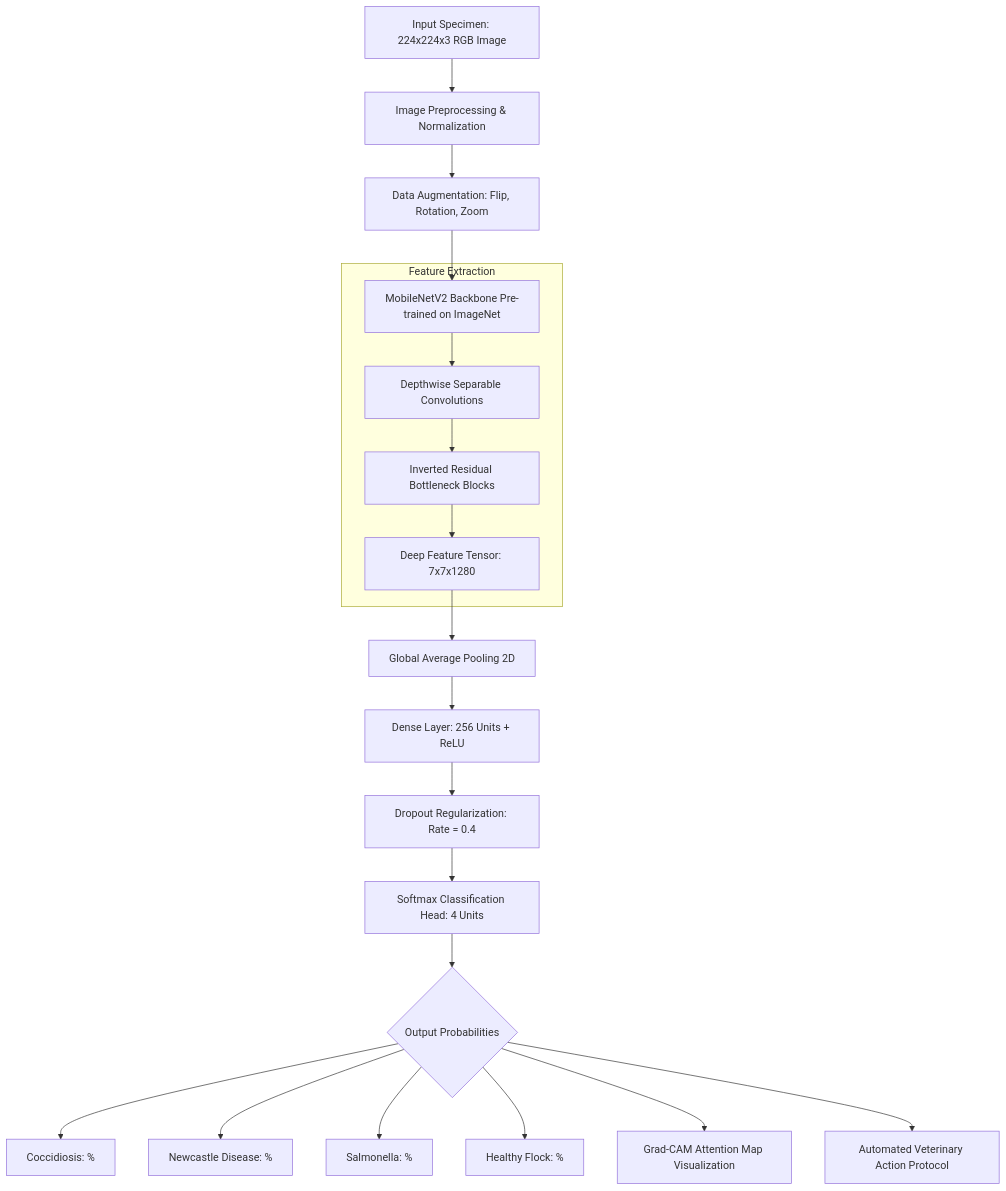
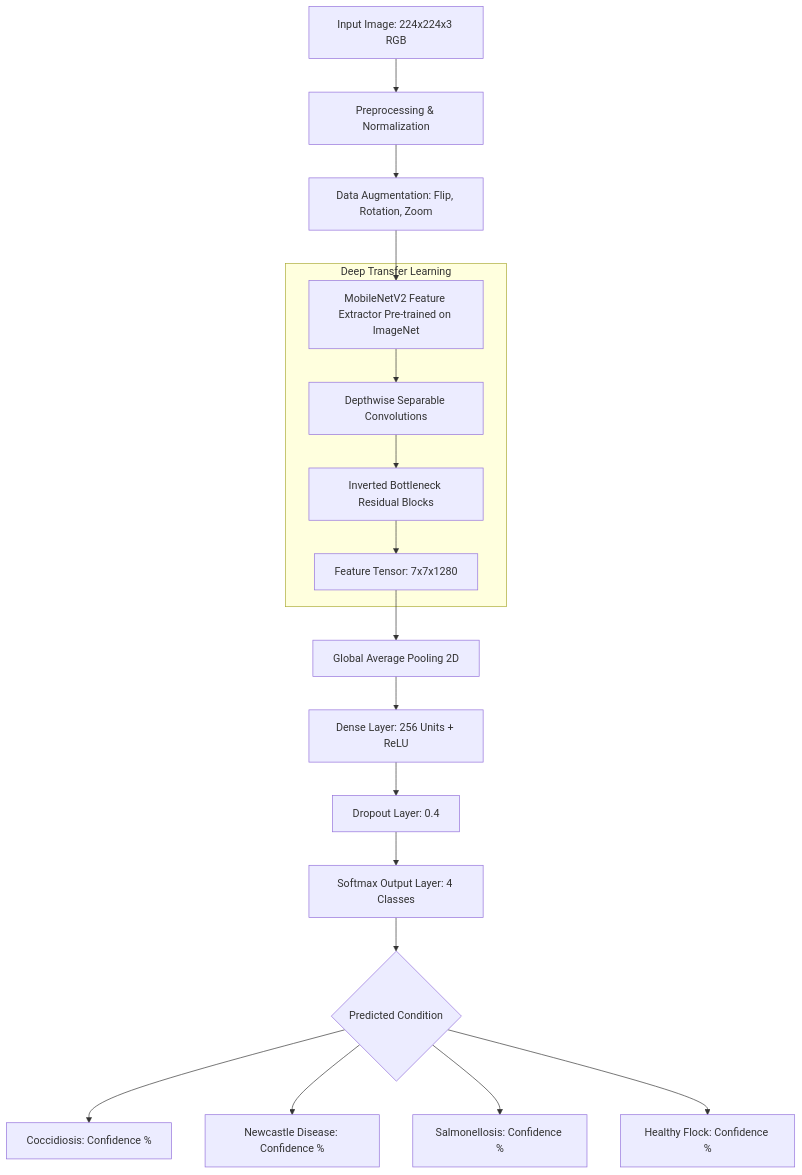
The diagram in README.md (prabhavathi11-code/Transfer-Learning-Based-Classification-of-Poultry-Diseases-for-Enhanced-Health-Management), drawn with Mermaid before and after one commit. The commit also changed other lines of this file and 19 other files, not shown here.

````diff
--- a/README.md
+++ b/README.md
@@ -76,26 +55,23 @@
 ```mermaid
 flowchart TD
-    A[Input Specimen: 224x224x3 RGB Image] --> B[Image Preprocessing & Normalization]
+    A[Input Image: 224x224x3 RGB] --> B[Preprocessing & Normalization]
     B --> C[Data Augmentation: Flip, Rotation, Zoom]
-    C --> D[MobileNetV2 Backbone Pre-trained on ImageNet]
+    C --> D[MobileNetV2 Feature Extractor Pre-trained on ImageNet]
     
-    subgraph Feature Extraction
+    subgraph Deep Transfer Learning
         D --> E[Depthwise Separable Convolutions]
-        E --> F[Inverted Residual Bottleneck Blocks]
-        F --> G[Deep Feature Tensor: 7x7x1280]
+        E --> F[Inverted Bottleneck Residual Blocks]
+        F --> G[Feature Tensor: 7x7x1280]
     end
 
     G --> H[Global Average Pooling 2D]
     H --> I[Dense Layer: 256 Units + ReLU]
-    I --> J[Dropout Regularization: Rate = 0.4]
-    J --> K[Softmax Classification Head: 4 Units]
+    I --> J[Dropout Layer: 0.4]
+    J --> K[Softmax Output Layer: 4 Classes]
 
-    K --> L{Output Probabilities}
-    L --> M[Coccidiosis: %]
-    L --> N[Newcastle Disease: %]
-    L --> O[Salmonella: %]
-    L --> P[Healthy Flock: %]
-
-    L --> Q[Grad-CAM Attention Map Visualization]
-    L --> R[Automated Veterinary Action Protocol]
+    K --> L{Predicted Condition}
+    L --> M[Coccidiosis: Confidence %]
+    L --> N[Newcastle Disease: Confidence %]
+    L --> O[Salmonellosis: Confidence %]
+    L --> P[Healthy Flock: Confidence %]
 ```
````
